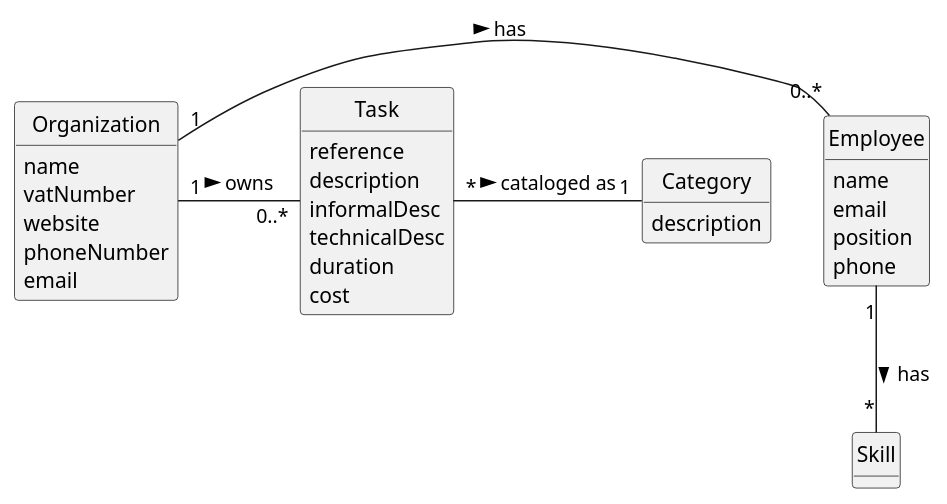
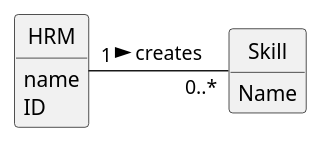
The diagram in docs/sprintA/us001/02.analysis/puml/us006-domain-model.puml (Departamento-de-Engenharia-Informatica/lei-24-s2-1do-g164), drawn with PlantUML before and after one commit. The commit also changed 4 other files, not shown here.

```diff
--- a/docs/sprintA/us001/02.analysis/puml/us006-domain-model.puml
+++ b/docs/sprintA/us001/02.analysis/puml/us006-domain-model.puml
@@ -1,61 +1,24 @@
 @startuml
 skinparam monochrome true
 skinparam packageStyle rectangle
 skinparam shadowing false
-
-'left to right direction
 
 skinparam classAttributeIconSize 0
 
 hide circle
 hide methods
 
-'title Domain Model
 
-'class Platform {
-'  -description
-'}
-
-class Organization {
-    name
-    vatNumber
-    website
-    phoneNumber
-    email
+class Skill {
+    Name
 }
 
-class Task {
-    reference
-    description
-    informalDesc
-    technicalDesc
-    duration
-    cost
+class HRM {
+    name
+    ID
 }
 
-class Category {
-    description
-}
 
-class Employee {
-    name
-    email
-    position
-    phone
-}
+HRM "1" - "0..*" Skill : creates >
 
-'class User {
-'    name
-'    email
-'    password
-'}
-
-'Platform "1" -- "*" Organization : has registered >
-'Platform "1" -- "*" Category : defines >
-Organization "1" - "0..*" Employee : has >
-Organization "1" - "0..*" Task: owns >
-'Task "*" -- "1" Employee: created by >
-Employee "1" -- "*" Skill : has >
-'Employee "0..1" -- "1" User: acts as >
-Task "*" - "1" Category: cataloged as >
 @enduml
```
